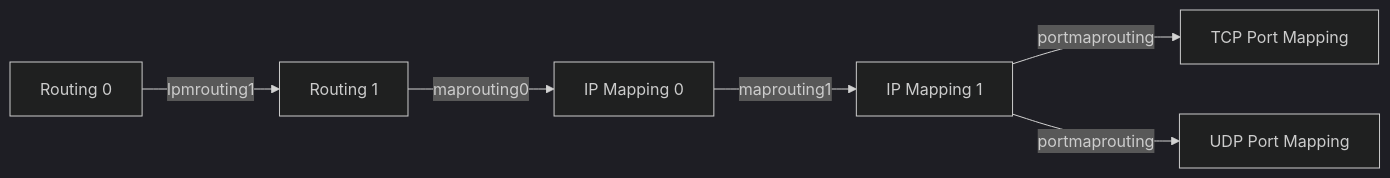
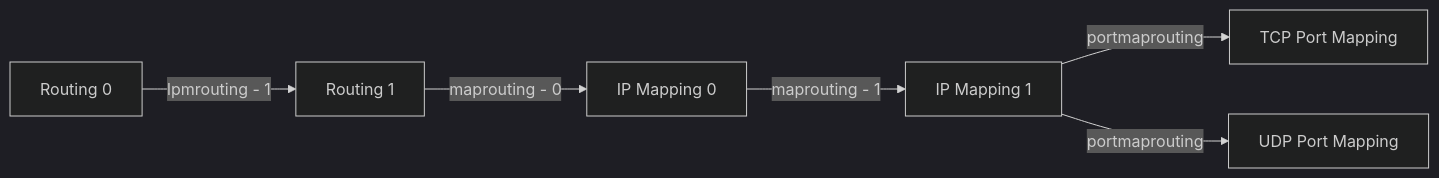
One commit to sonic-net/DASH changed the fourth of 5 diagrams in documentation/general/dash-sai-pipeline-packet-flow.md. Above: the diagram before and after it, drawn with Mermaid (dark theme). The commit also changed other lines of this file, not shown here.

Commit message:
Updating transition type and be more specific on routing type parameter population.

````diff
--- a/documentation/general/dash-sai-pipeline-packet-flow.md
+++ b/documentation/general/dash-sai-pipeline-packet-flow.md
@@ -326,15 +372,15 @@
 ```mermaid
 flowchart LR
     Routing0[Routing 0]
     Routing1[Routing 1]
     Map0[IP Mapping 0]
     Map1[IP Mapping 1]
     TcpPortMap[TCP Port Mapping]
     UdpPortMap[UDP Port Mapping]
 
-    Routing0 --> | lpmrouting1 | Routing1
-    Routing1 --> | maprouting0 | Map0
-    Map0 --> | maprouting1 | Map1
+    Routing0 --> | lpmrouting - 1 | Routing1
+    Routing1 --> | maprouting - 0 | Map0
+    Map0 --> | maprouting - 1 | Map1
     Map1 --> | portmaprouting | TcpPortMap
     Map1 --> | portmaprouting | UdpPortMap
 ```
````
